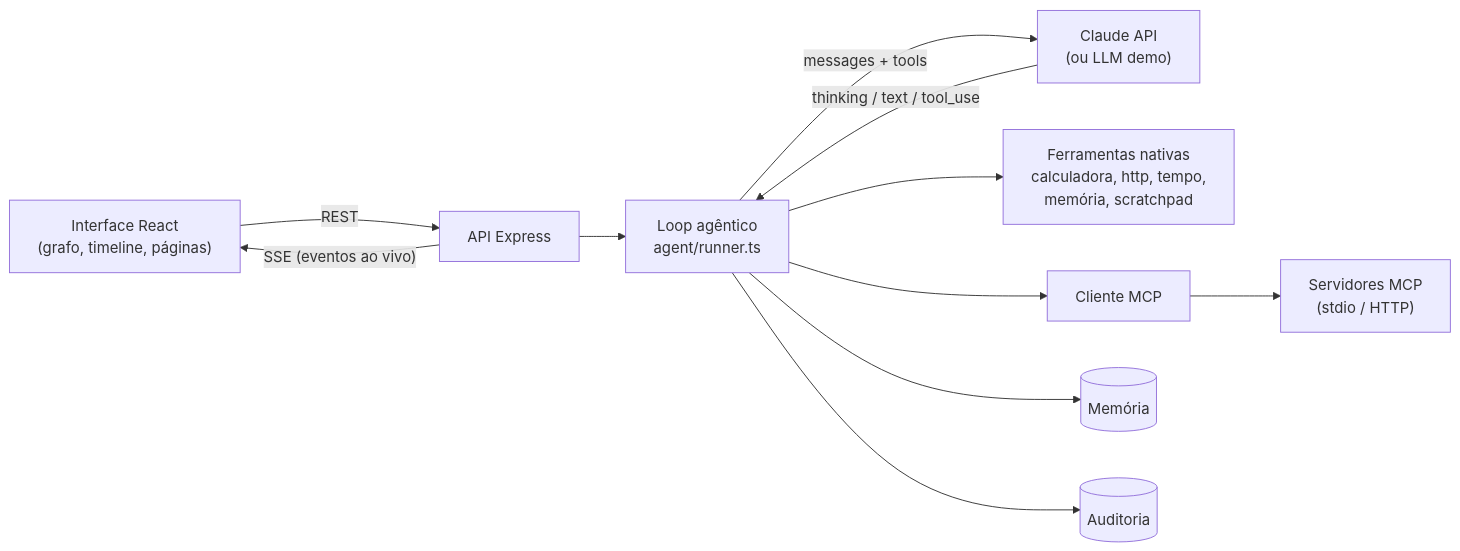
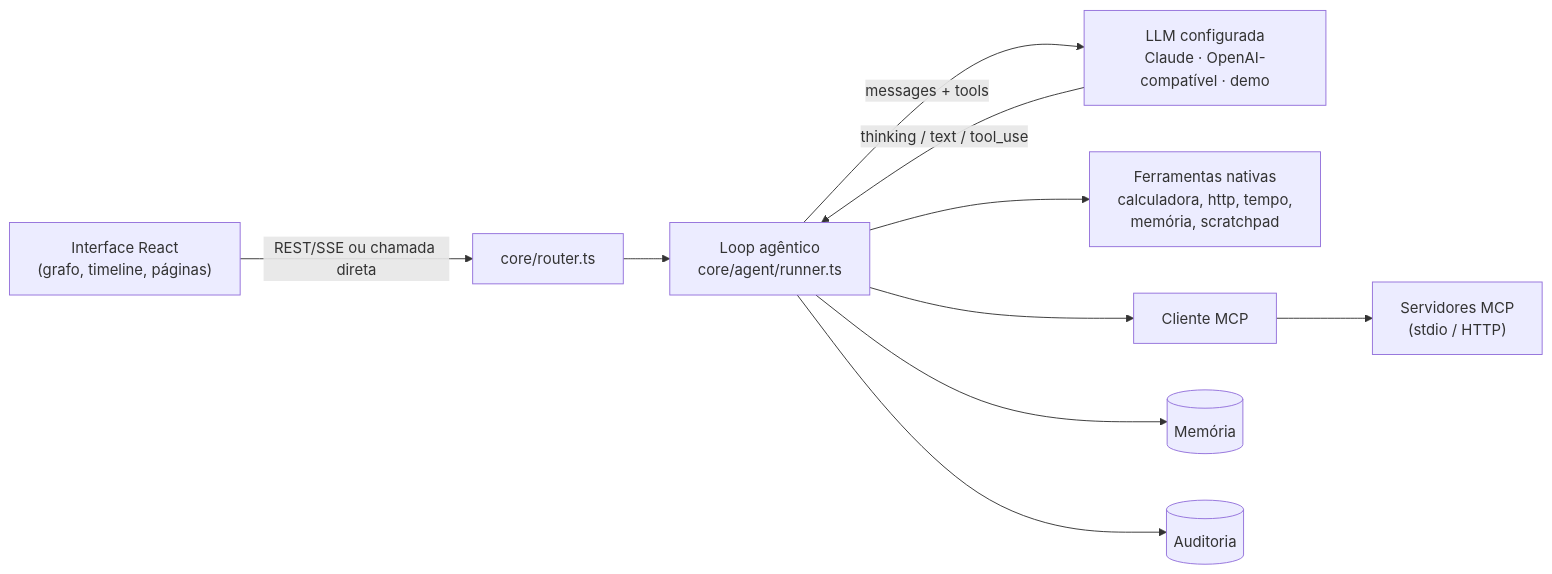
Before and after one commit to LeonardoLetr/poc_agents_plataform: the diagram in README.md, drawn with Mermaid. The commit also changed other lines of this file and 2 other files, not shown here.

Commit message:
ci: workflow de CI e deploy da interface no GitHub Pages

````diff
--- a/README.md
+++ b/README.md
@@ -48,12 +71,11 @@
 ```mermaid
 flowchart LR
-  UI["Interface React<br/>(grafo, timeline, páginas)"] -- REST --> API["API Express"]
-  API -- "SSE (eventos ao vivo)" --> UI
-  API --> Loop["Loop agêntico<br/>agent/runner.ts"]
-  Loop -- "messages + tools" --> Claude["Claude API<br/>(ou LLM demo)"]
-  Claude -- "thinking / text / tool_use" --> Loop
+  UI["Interface React<br/>(grafo, timeline, páginas)"] -- "REST/SSE ou chamada direta" --> Router["core/router.ts"]
+  Router --> Loop["Loop agêntico<br/>core/agent/runner.ts"]
+  Loop -- "messages + tools" --> LLM["LLM configurada<br/>Claude · OpenAI-compatível · demo"]
+  LLM -- "thinking / text / tool_use" --> Loop
   Loop --> Nativas["Ferramentas nativas<br/>calculadora, http, tempo,<br/>memória, scratchpad"]
   Loop --> MCP["Cliente MCP"] --> Servers["Servidores MCP<br/>(stdio / HTTP)"]
   Loop --> Mem[("Memória")]
   Loop --> Audit[("Auditoria")]
 ```
````
